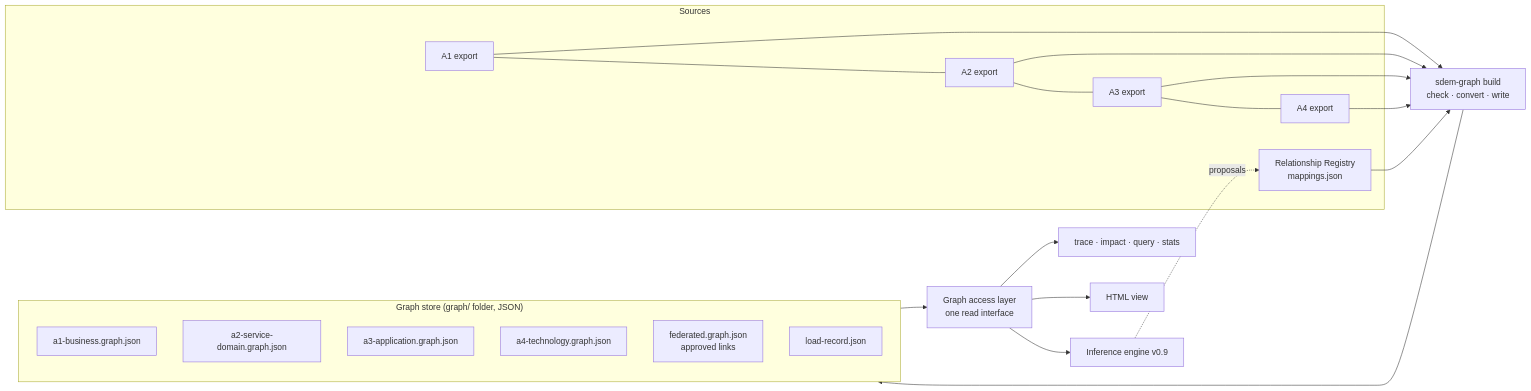
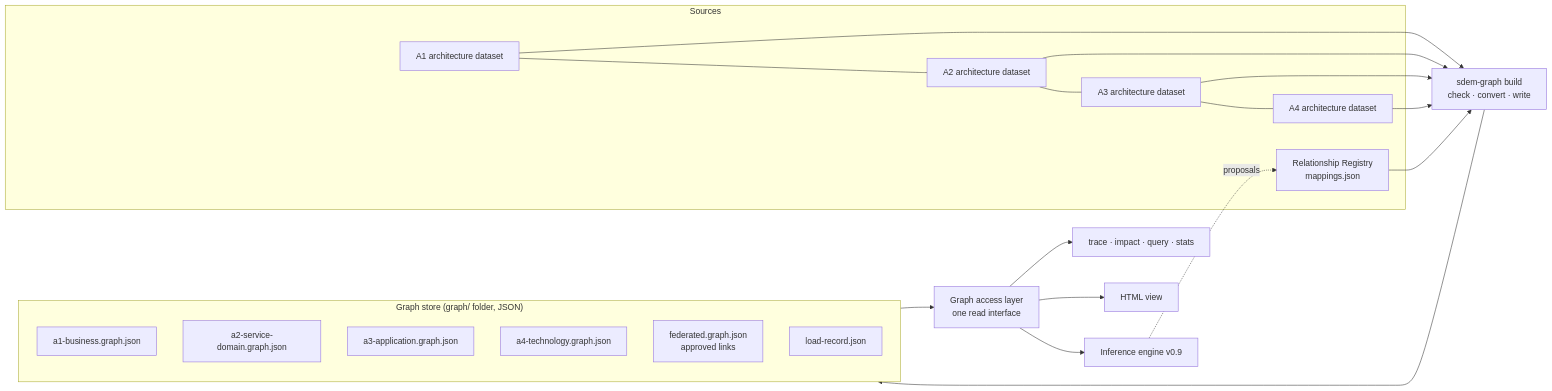
The diagram in docs/graph-store-design.md (taumoeps/bian-sdem-framework), drawn with Mermaid before and after one commit. The commit also changed other lines of this file and 110 other files, not shown here.

````diff
--- a/docs/graph-store-design.md
+++ b/docs/graph-store-design.md
@@ -11,23 +11,23 @@
 ```mermaid
 flowchart LR
   subgraph Sources
-    E1[A1 export] --- E2[A2 export] --- E3[A3 export] --- E4[A4 export]
+    E1[A1 architecture dataset] --- E2[A2 architecture dataset] --- E3[A3 architecture dataset] --- E4[A4 architecture dataset]
     REG[Relationship Registry<br/>mappings.json]
   end
   B[sdem-graph build<br/>check · convert · write]
   subgraph Store["Graph store (graph/ folder, JSON)"]
     L1[a1-business.graph.json]
     L2[a2-service-domain.graph.json]
     L3[a3-application.graph.json]
     L4[a4-technology.graph.json]
     F[federated.graph.json<br/>approved links]
     LR[load-record.json]
   end
   GA[Graph access layer<br/>one read interface]
   Q[trace · impact · query · stats]
   V[HTML view]
   ENG[Inference engine v0.9]
   E1 & E2 & E3 & E4 & REG --> B --> Store
   Store --> GA --> Q & V & ENG
   ENG -. proposals .-> REG
 ```
````
